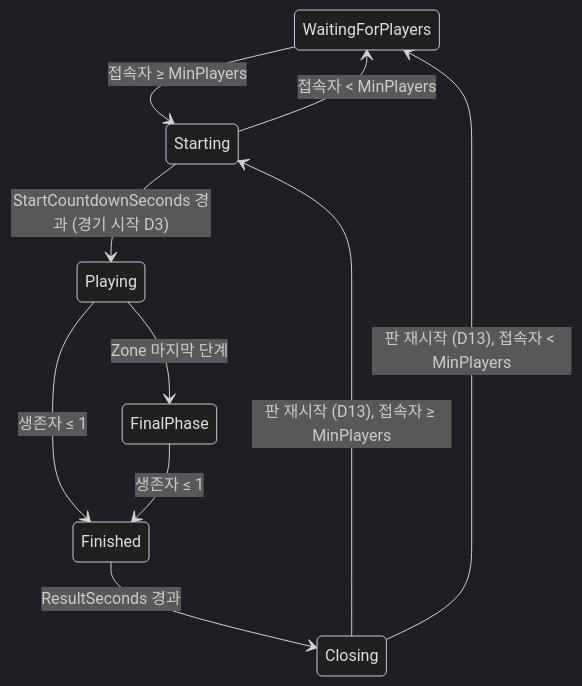
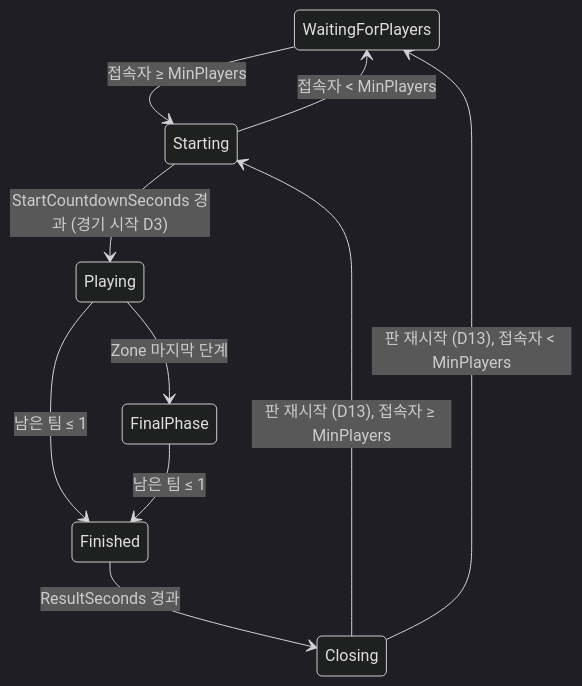
The diagram in Docs/BattleRoyale.md (BerryBless/ProjectH), drawn with Mermaid (dark theme) before and after one commit. The commit also changed other lines of this file and 20 other files, not shown here.

````diff
--- a/Docs/BattleRoyale.md
+++ b/Docs/BattleRoyale.md
@@ -7,12 +7,12 @@
 ```mermaid
 stateDiagram-v2
     WaitingForPlayers --> Starting: 접속자 ≥ MinPlayers
     Starting --> WaitingForPlayers: 접속자 < MinPlayers
     Starting --> Playing: StartCountdownSeconds 경과 (경기 시작 D3)
     Playing --> FinalPhase: Zone 마지막 단계
-    Playing --> Finished: 생존자 ≤ 1
-    FinalPhase --> Finished: 생존자 ≤ 1
+    Playing --> Finished: 남은 팀 ≤ 1
+    FinalPhase --> Finished: 남은 팀 ≤ 1
     Finished --> Closing: ResultSeconds 경과
     Closing --> Starting: 판 재시작 (D13), 접속자 ≥ MinPlayers
     Closing --> WaitingForPlayers: 판 재시작 (D13), 접속자 < MinPlayers
 ```
````
